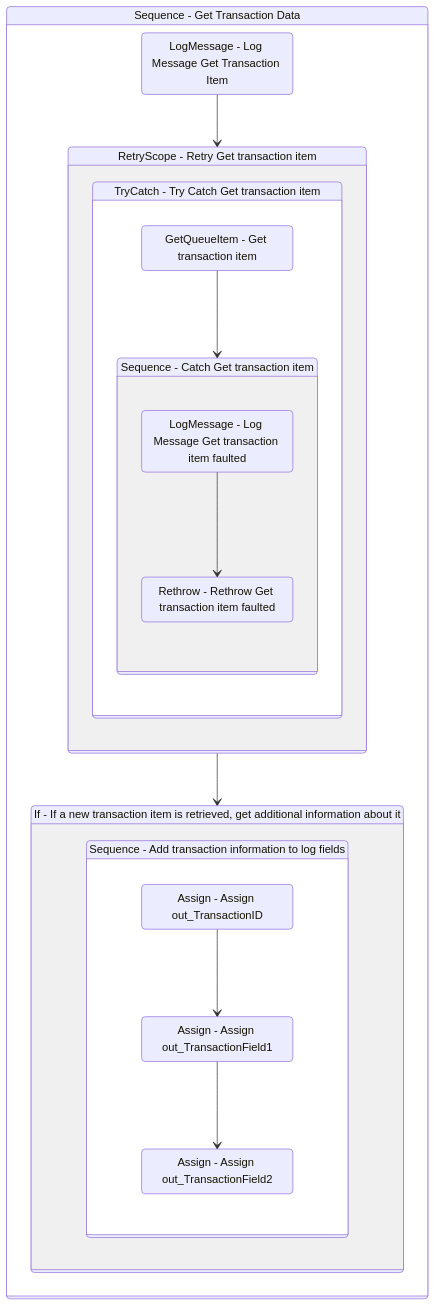
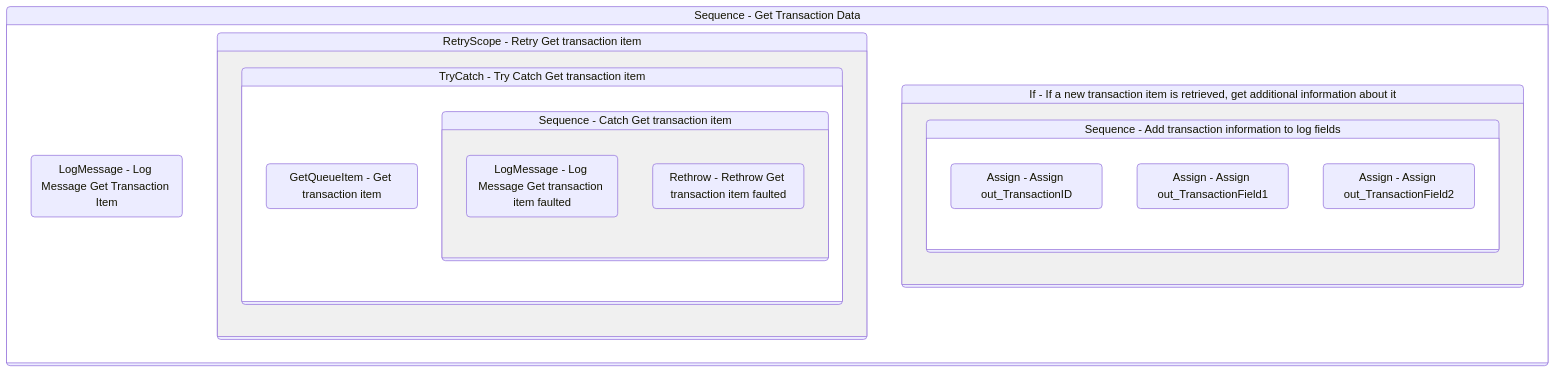
One commit to yashbrahmbhatt/LazyFramework changed the diagram in Documentation/.templates/Performers/REFramework/Framework/GetTransactionData.md. Above: the diagram before and after it, drawn with Mermaid. The commit also changed 72 other files, not shown here.

````diff
--- a/Documentation/.templates/Performers/REFramework/Framework/GetTransactionData.md
+++ b/Documentation/.templates/Performers/REFramework/Framework/GetTransactionData.md
@@ -109,44 +109,41 @@
 ```mermaid
 stateDiagram-v2
 
 
 Sequence_3: Sequence - Get Transaction Data
 state Sequence_3 {
 direction TB
 LogMessage_1 : LogMessage - Log Message Get Transaction Item
-LogMessage_1 --> RetryScope_1
+
 RetryScope_1: RetryScope - Retry Get transaction item
 state RetryScope_1 {
 direction TB
 
 TryCatch_1: TryCatch - Try Catch Get transaction item
 state TryCatch_1 {
 direction TB
 GetQueueItem_1 : GetQueueItem - Get transaction item
-GetQueueItem_1 --> Sequence_4
+
 Sequence_4: Sequence - Catch Get transaction item
 state Sequence_4 {
 direction TB
 LogMessage_2 : LogMessage - Log Message Get transaction item faulted
 Rethrow_1 : Rethrow - Rethrow Get transaction item faulted
-LogMessage_2 --> Rethrow_1
 }
 }
 }
-RetryScope_1 --> If_1
+
 If_1: If - If a new transaction item is retrieved, get additional information about it
 state If_1 {
 direction TB
 
 Sequence_2: Sequence - Add transaction information to log fields
 state Sequence_2 {
 direction TB
 Assign_1 : Assign - Assign out_TransactionID
 Assign_2 : Assign - Assign out_TransactionField1
-Assign_1 --> Assign_2
 Assign_3 : Assign - Assign out_TransactionField2
-Assign_2 --> Assign_3
 }
 }
 }
 ```
````
